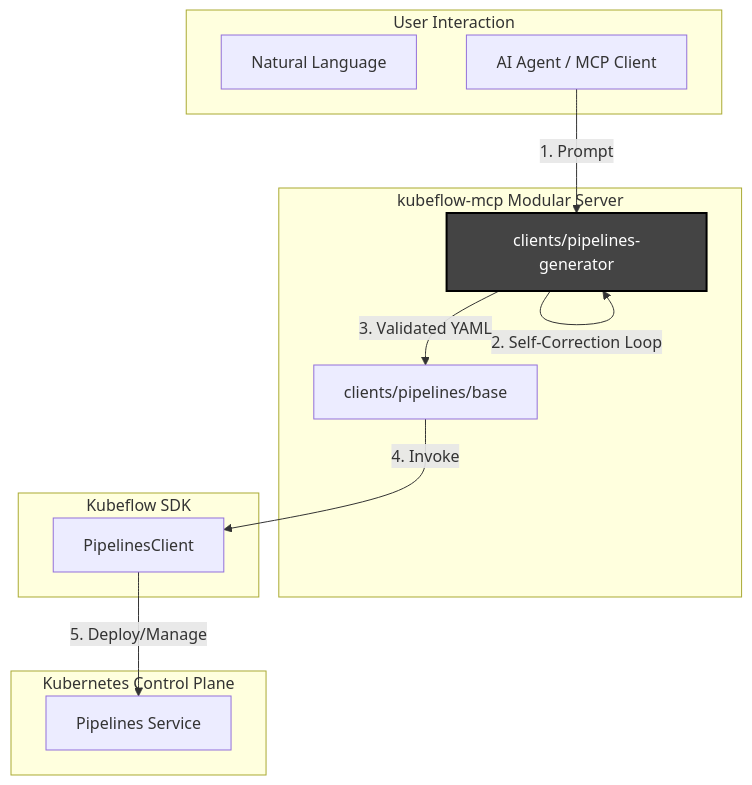
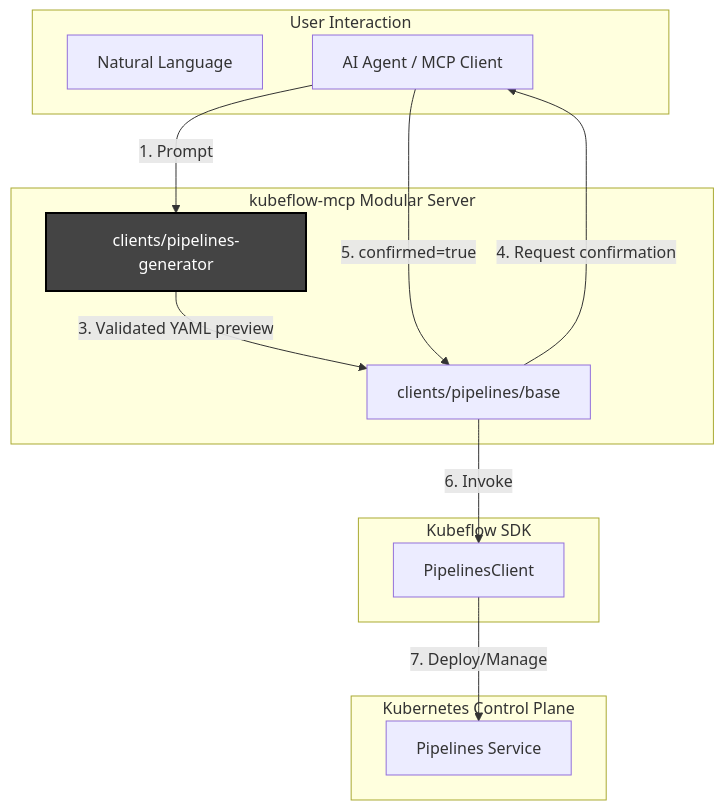
One commit to kubeflow/mcp-server changed the diagram in docs/proposals/KEP.md. Above: the diagram before and after it, drawn with Mermaid. The commit also changed other lines of this file, not shown here.

````diff
--- a/docs/proposals/KEP.md
+++ b/docs/proposals/KEP.md
@@ -85,31 +86,32 @@
 ```mermaid
 
 
 graph TD
     subgraph User_Interaction [User Interaction]
         NL[Natural Language]
         Agent[AI Agent / MCP Client]
     end
 
     subgraph kubeflow_mcp [kubeflow-mcp Modular Server]
         Generator[clients/pipelines-generator]
         MCP_Pipelines[clients/pipelines/base]
     end
 
     subgraph Kubeflow_SDK [Kubeflow SDK]
         PClient[PipelinesClient]
     end
 
     subgraph K8s_Control_Plane [Kubernetes Control Plane]
         Pipelines[Pipelines Service]
     end
 
     Agent -->|1. Prompt| Generator
-    Generator -->|2. Self-Correction Loop| Generator
-    Generator -->|3. Validated YAML| MCP_Pipelines
-    MCP_Pipelines -->|4. Invoke| PClient
-    PClient -->|5. Deploy/Manage| Pipelines
+    Generator -->|3. Validated YAML preview| MCP_Pipelines
+    MCP_Pipelines -->|4. Request confirmation| Agent
+    Agent -->|5. confirmed=true| MCP_Pipelines
+    MCP_Pipelines -->|6. Invoke| PClient
+    PClient -->|7. Deploy/Manage| Pipelines
 
     style Generator fill:#444,stroke:#000,stroke-width:2px,color:#fff
 
 ```
````
